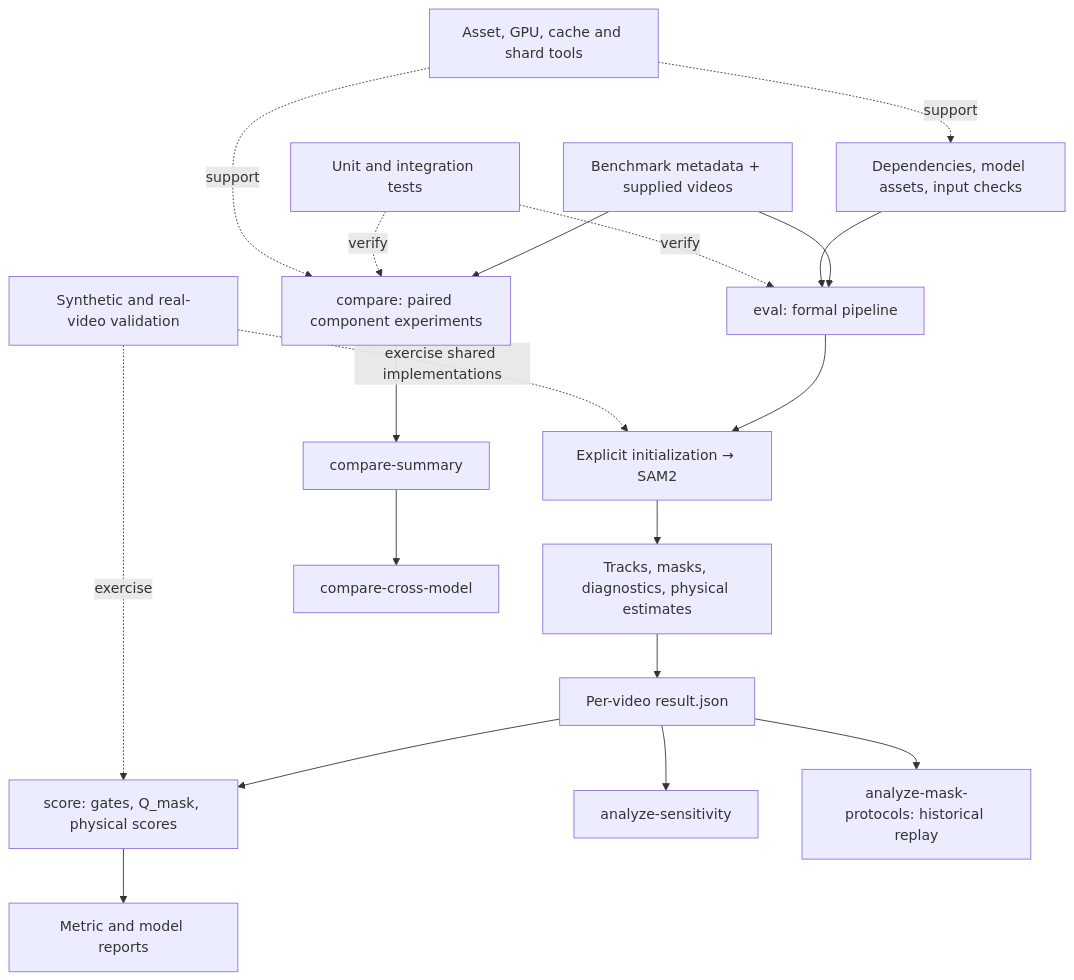
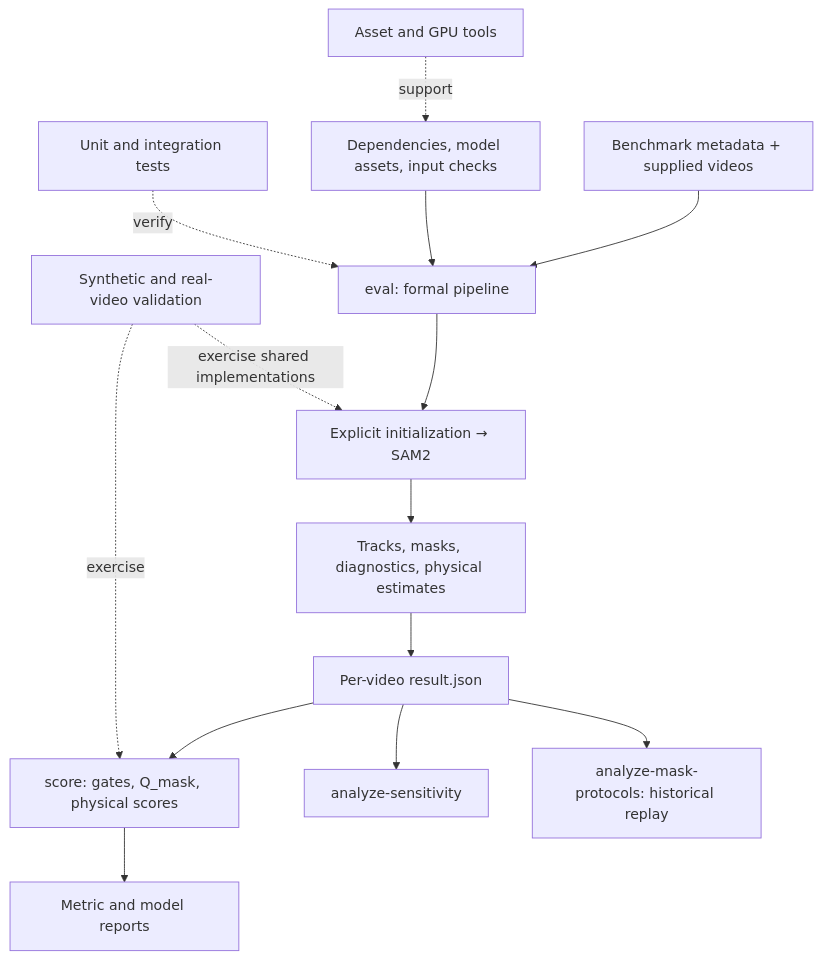
The diagram in docs/ARCHITECTURE.md (Cryptic0429/PhysEval), drawn with Mermaid before and after one commit. The commit also changed other lines of this file and 34 other files, not shown here.

````diff
--- a/docs/ARCHITECTURE.md
+++ b/docs/ARCHITECTURE.md
@@ -7,21 +7,16 @@
 ```mermaid
 flowchart TD
     B["Benchmark metadata + supplied videos"] --> E["eval: formal pipeline"]
     A["Dependencies, model assets, input checks"] --> E
     E --> T["Explicit initialization → SAM2"]
     T --> M["Tracks, masks, diagnostics, physical estimates"]
     M --> R["Per-video result.json"]
     R --> S["score: gates, Q_mask, physical scores"]
     S --> O["Metric and model reports"]
-    B --> C["compare: paired component experiments"]
-    C --> CS["compare-summary"]
-    CS --> CM["compare-cross-model"]
     R --> SA["analyze-sensitivity"]
     R --> HA["analyze-mask-protocols: historical replay"]
     V["Synthetic and real-video validation"] -.exercise shared implementations.-> T
     V -.exercise.-> S
     U["Unit and integration tests"] -.verify.-> E
-    U -.verify.-> C
-    MA["Asset, GPU, cache and shard tools"] -.support.-> A
-    MA -.support.-> C
+    MA["Asset and GPU tools"] -.support.-> A
 ```
````
